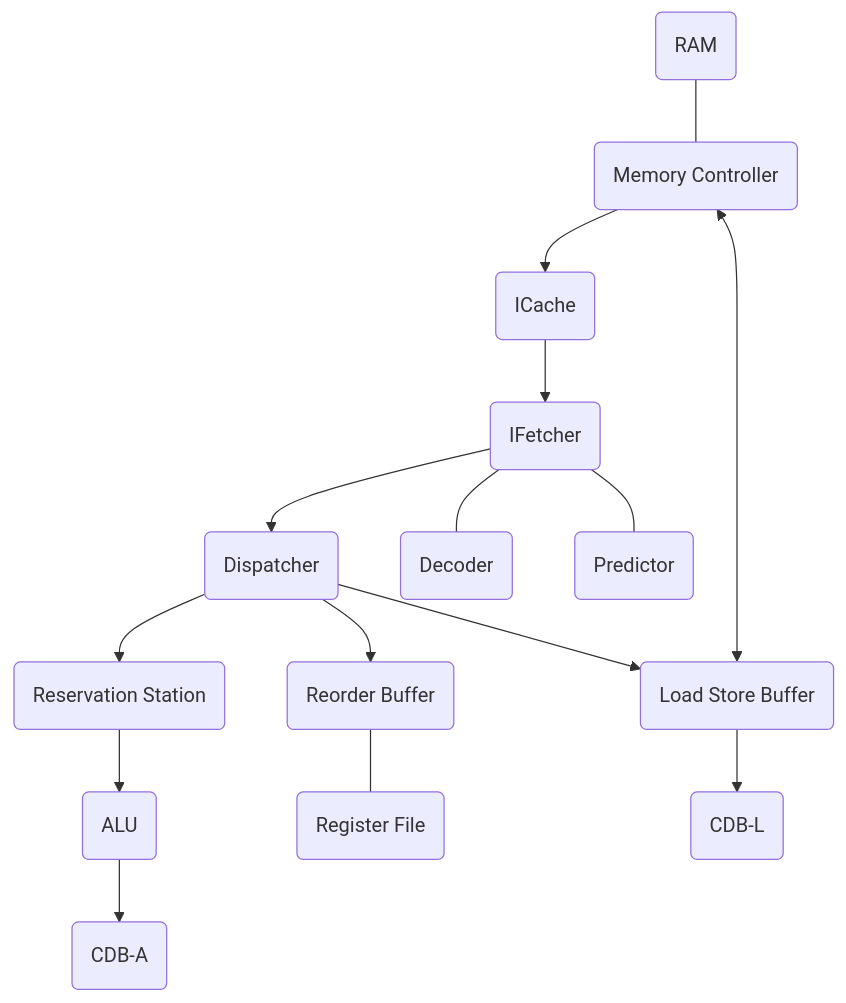
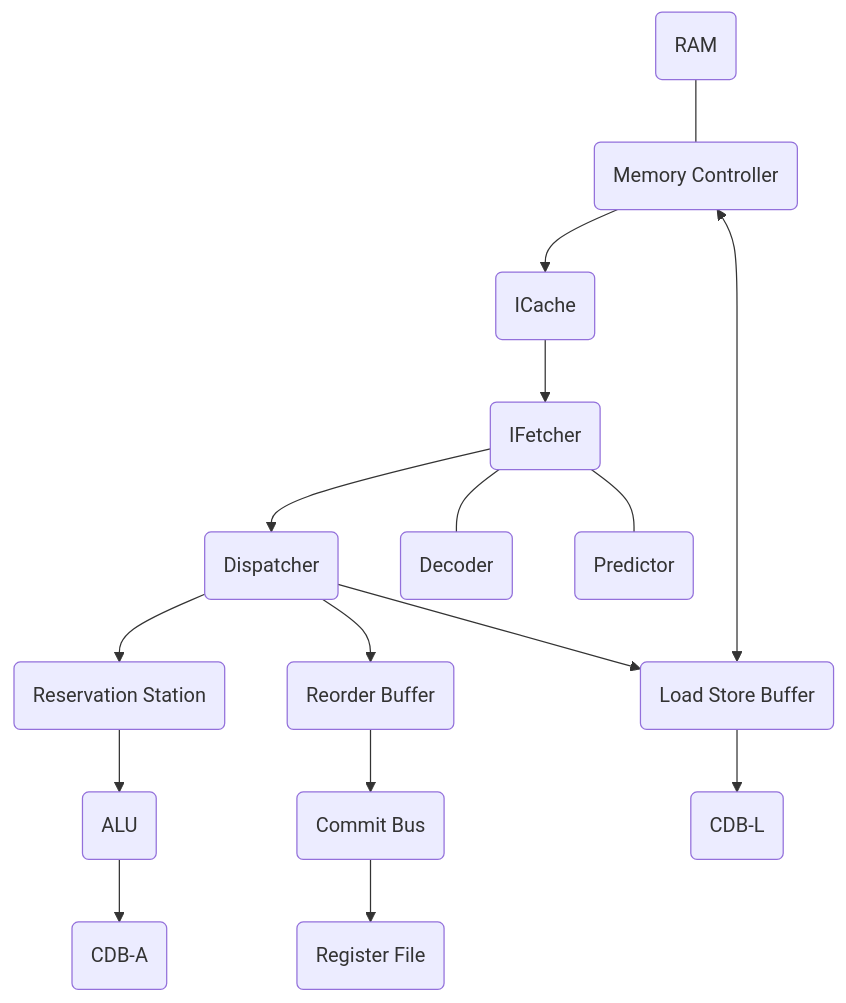
The diagram in README.md (HenryHe0123/RISC-V-CPU), drawn with Mermaid before and after one commit. The commit also changed other lines of this file and 5 other files, not shown here.

````diff
--- a/README.md
+++ b/README.md
@@ -7,17 +7,18 @@
 ```mermaid
 flowchart TD
     A(RAM) --- B(Memory Controller)
     B --> C(ICache)
     C --> D(IFetcher)
     D --> E(Dispatcher)
     D --- M(Decoder)
     D --- N(Predictor)
     E --> F(Reservation Station)
     E --> G(Reorder Buffer)
-    G --- H(Register File)
+    G --> H(Commit Bus)
     E --> I(Load Store Buffer)
     I <--> B
     I --> J(CDB-L)
     F --> K(ALU)
     K --> L(CDB-A)
+    H --> Q(Register File)
 ```
````
